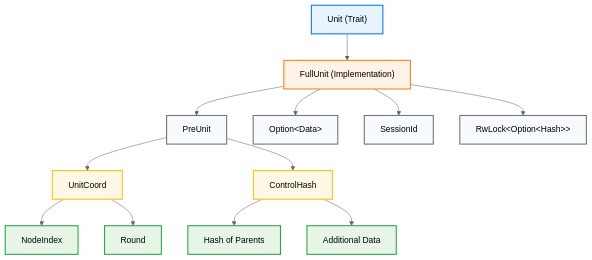
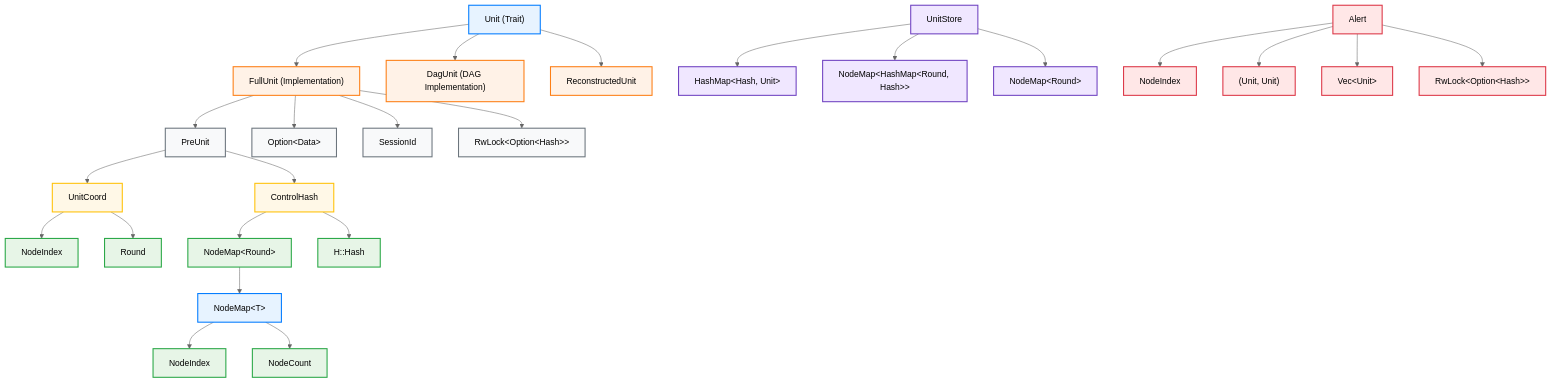
The fourth of 4 diagrams in Blockchain/Networks/Aleph Zero/AlephBFT/AlephBFT Consensus Protocol- Technical Analysis.md (ljg-cqu/knowledge), drawn with Mermaid (neutral theme) before and after one commit. The commit also changed other lines of this file, not shown here.

````diff
--- a/Blockchain/Networks/Aleph Zero/AlephBFT/AlephBFT Consensus Protocol- Technical Analysis.md
+++ b/Blockchain/Networks/Aleph Zero/AlephBFT/AlephBFT Consensus Protocol- Technical Analysis.md
@@ -390,31 +449,60 @@
 ```mermaid
 graph TD
     Unit["Unit (Trait)"] --> FullUnit["FullUnit (Implementation)"]
+    Unit --> DagUnit["DagUnit (DAG Implementation)"]
+    Unit --> ReconstructedUnit["ReconstructedUnit"]
     
     FullUnit --> PreUnit
     FullUnit --> Data["Option&lt;Data&gt;"]
     FullUnit --> SessionId
     FullUnit --> Hash["RwLock&lt;Option&lt;Hash&gt;&gt;"]
 
     PreUnit --> UnitCoord
     PreUnit --> ControlHash
     
     UnitCoord --> Creator["NodeIndex"]
     UnitCoord --> Round
 
-    ControlHash --> ParentHash["Hash of Parents"]
-    ControlHash --> AdditionalData["Additional Data"]
+    ControlHash --> ParentMap["NodeMap&lt;Round&gt;"]
+    ControlHash --> CombinedHash["H::Hash"]
+    
+    ParentMap --> NodeMap["NodeMap&lt;T&gt;"]
+    NodeMap --> NodeIndex
+    NodeMap --> NodeCount
+    
+    UnitStore --> StoreByHash["HashMap&lt;Hash, Unit&gt;"]
+    UnitStore --> CanonicalUnits["NodeMap&lt;HashMap&lt;Round, Hash&gt;&gt;"]
+    UnitStore --> TopRow["NodeMap&lt;Round&gt;"]
+    
+    Alert --> Sender["NodeIndex"]
+    Alert --> ForkProof["(Unit, Unit)"]
+    Alert --> LegitUnits["Vec&lt;Unit&gt;"]
+    Alert --> AlertHash["RwLock&lt;Option&lt;Hash&gt;&gt;"]
     
     style Unit fill:#e7f3ff,stroke:#007bff,stroke-width:2px,color:#000
     style FullUnit fill:#fff2e7,stroke:#fd7e14,stroke-width:2px,color:#000
+    style DagUnit fill:#fff2e7,stroke:#fd7e14,stroke-width:2px,color:#000
+    style ReconstructedUnit fill:#fff2e7,stroke:#fd7e14,stroke-width:2px,color:#000
     style PreUnit fill:#f8f9fa,stroke:#6c757d,stroke-width:2px,color:#000
     style Data fill:#f8f9fa,stroke:#6c757d,stroke-width:2px,color:#000
     style SessionId fill:#f8f9fa,stroke:#6c757d,stroke-width:2px,color:#000
     style Hash fill:#f8f9fa,stroke:#6c757d,stroke-width:2px,color:#000
     style UnitCoord fill:#fff8e7,stroke:#ffc107,stroke-width:2px,color:#000
     style ControlHash fill:#fff8e7,stroke:#ffc107,stroke-width:2px,color:#000
+    style ParentMap fill:#e7f5e7,stroke:#28a745,stroke-width:2px,color:#000
+    style CombinedHash fill:#e7f5e7,stroke:#28a745,stroke-width:2px,color:#000
+    style NodeMap fill:#e7f3ff,stroke:#007bff,stroke-width:2px,color:#000
+    style UnitStore fill:#f0e7ff,stroke:#6f42c1,stroke-width:2px,color:#000
+    style Alert fill:#ffe7e7,stroke:#dc3545,stroke-width:2px,color:#000
     style Creator fill:#e7f5e7,stroke:#28a745,stroke-width:2px,color:#000
     style Round fill:#e7f5e7,stroke:#28a745,stroke-width:2px,color:#000
-    style ParentHash fill:#e7f5e7,stroke:#28a745,stroke-width:2px,color:#000
-    style AdditionalData fill:#e7f5e7,stroke:#28a745,stroke-width:2px,color:#000
+    style NodeIndex fill:#e7f5e7,stroke:#28a745,stroke-width:2px,color:#000
+    style NodeCount fill:#e7f5e7,stroke:#28a745,stroke-width:2px,color:#000
+    style StoreByHash fill:#f0e7ff,stroke:#6f42c1,stroke-width:2px,color:#000
+    style CanonicalUnits fill:#f0e7ff,stroke:#6f42c1,stroke-width:2px,color:#000
+    style TopRow fill:#f0e7ff,stroke:#6f42c1,stroke-width:2px,color:#000
+    style Sender fill:#ffe7e7,stroke:#dc3545,stroke-width:2px,color:#000
+    style ForkProof fill:#ffe7e7,stroke:#dc3545,stroke-width:2px,color:#000
+    style LegitUnits fill:#ffe7e7,stroke:#dc3545,stroke-width:2px,color:#000
+    style AlertHash fill:#ffe7e7,stroke:#dc3545,stroke-width:2px,color:#000
 ```
````
